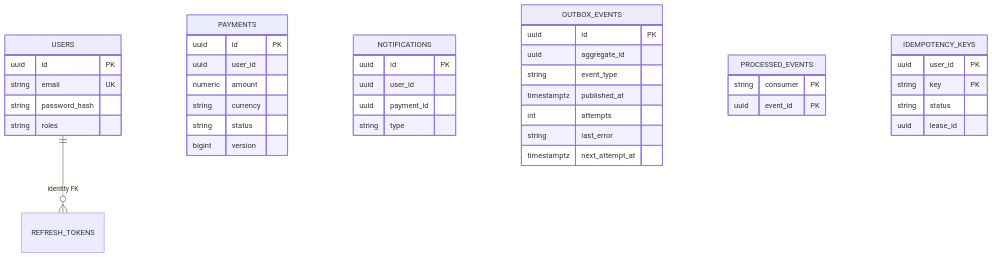
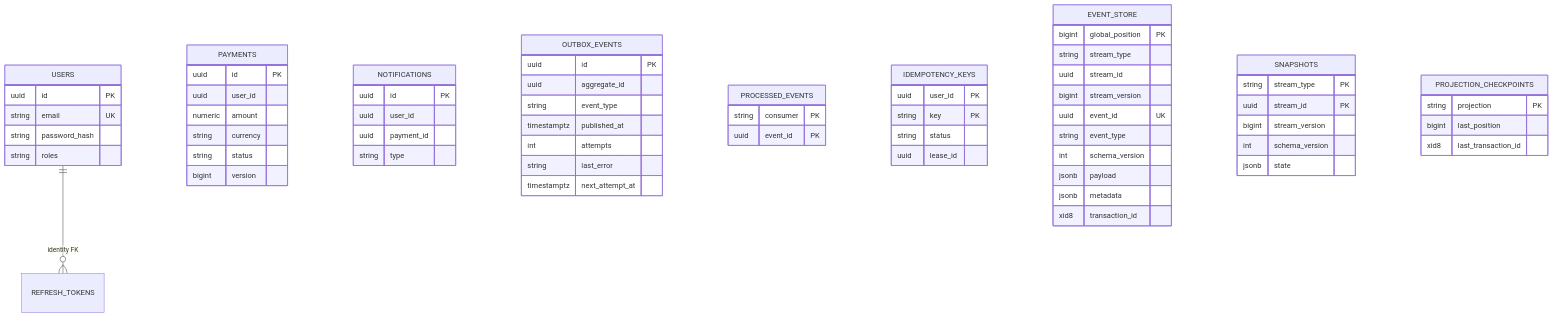
Before and after one commit to Andersonlimahw/java-clean-arch-sample: the sixth of 6 diagrams in docs/architecture.md, drawn with Mermaid. The commit also changed other lines of this file and 48 other files, not shown here.

Commit message:
feat: add event store kernel

````diff
--- a/docs/architecture.md
+++ b/docs/architecture.md
@@ -307,43 +327,67 @@
 ```mermaid
 erDiagram
     USERS ||--o{ REFRESH_TOKENS : "identity FK"
     USERS {
         uuid id PK
         string email UK
         string password_hash
         string roles
     }
     PAYMENTS {
         uuid id PK
         uuid user_id
         numeric amount
         string currency
         string status
         bigint version
     }
     NOTIFICATIONS {
         uuid id PK
         uuid user_id
         uuid payment_id
         string type
     }
     OUTBOX_EVENTS {
         uuid id PK
         uuid aggregate_id
         string event_type
         timestamptz published_at
         int attempts
         string last_error
         timestamptz next_attempt_at
     }
     PROCESSED_EVENTS {
         string consumer PK
         uuid event_id PK
     }
     IDEMPOTENCY_KEYS {
         uuid user_id PK
         string key PK
         string status
         uuid lease_id
     }
+    EVENT_STORE {
+        bigint global_position PK
+        string stream_type
+        uuid stream_id
+        bigint stream_version
+        uuid event_id UK
+        string event_type
+        int schema_version
+        jsonb payload
+        jsonb metadata
+        xid8 transaction_id
+    }
+    SNAPSHOTS {
+        string stream_type PK
+        uuid stream_id PK
+        bigint stream_version
+        int schema_version
+        jsonb state
+    }
+    PROJECTION_CHECKPOINTS {
+        string projection PK
+        bigint last_position
+        xid8 last_transaction_id
+    }
 ```
````
